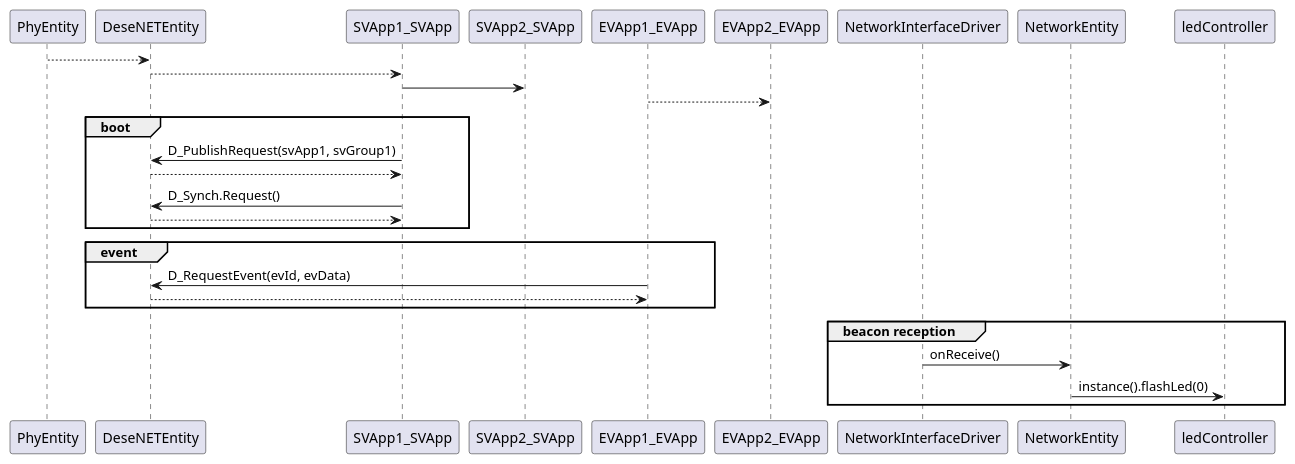
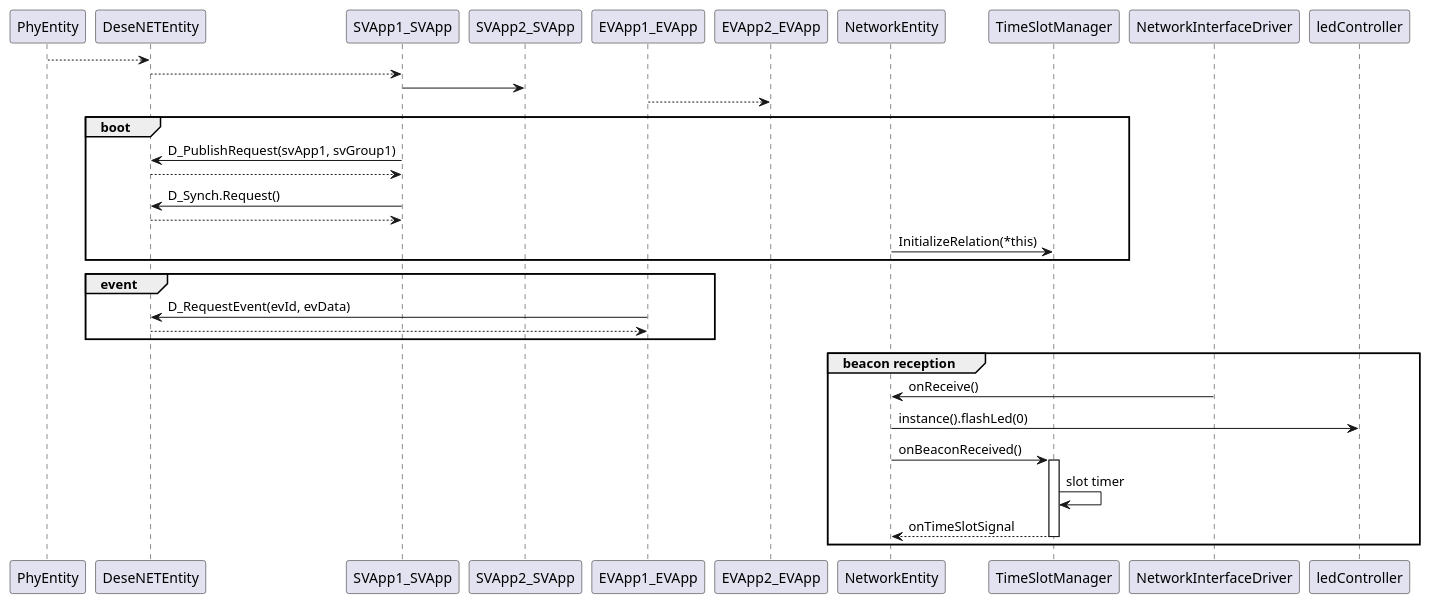
The diagram in sequence.wsd (SebastienDeriaz/DeSEm_Projet), drawn with PlantUML before and after one commit.

```diff
--- a/sequence.wsd
+++ b/sequence.wsd
@@ -1,32 +1,39 @@
 @startuml
 
 PhyEntity --> DeseNETEntity
 DeseNETEntity -->  SVApp1_SVApp
 SVApp1_SVApp -> SVApp2_SVApp
 EVApp1_EVApp --> EVApp2_EVApp
 group boot
 SVApp1_SVApp -> DeseNETEntity : D_PublishRequest(svApp1, svGroup1)
 SVApp1_SVApp <-- DeseNETEntity
 
 
 SVApp1_SVApp -> DeseNETEntity : D_Synch.Request()
 SVApp1_SVApp <-- DeseNETEntity
+
+NetworkEntity -> TimeSlotManager : InitializeRelation(*this)
 end
 
 group event
 EVApp1_EVApp -> DeseNETEntity : D_RequestEvent(evId, evData)
 EVApp1_EVApp <-- DeseNETEntity
 end
 
 group beacon reception
 /'DeseNETEntity -> PhyEntity : PHY_Transceiver(On)
 DeseNETEntity <-- PhyEntity'/
 
 NetworkInterfaceDriver -> NetworkEntity : onReceive()
 NetworkEntity -> ledController : instance().flashLed(0)
+NetworkEntity -> TimeSlotManager : onBeaconReceived()
+activate TimeSlotManager
+TimeSlotManager -> TimeSlotManager : slot timer
+TimeSlotManager --> NetworkEntity : onTimeSlotSignal
+deactivate TimeSlotManager 
 end
 
 
 
 
 @enduml
```
